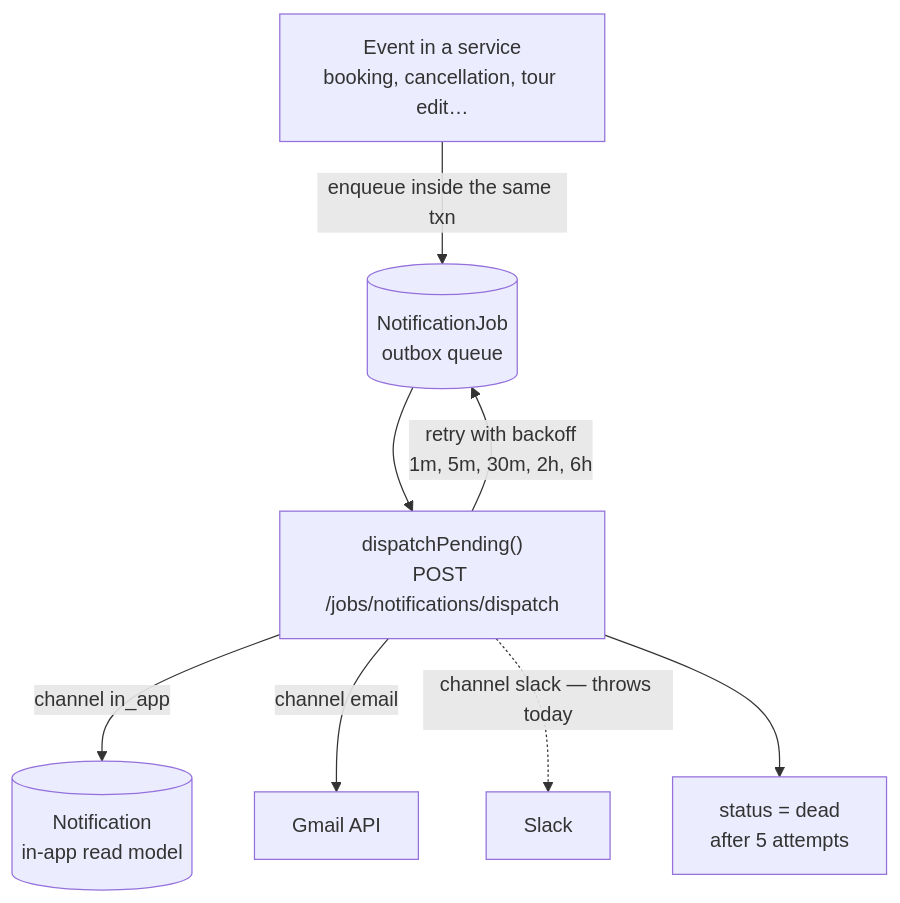
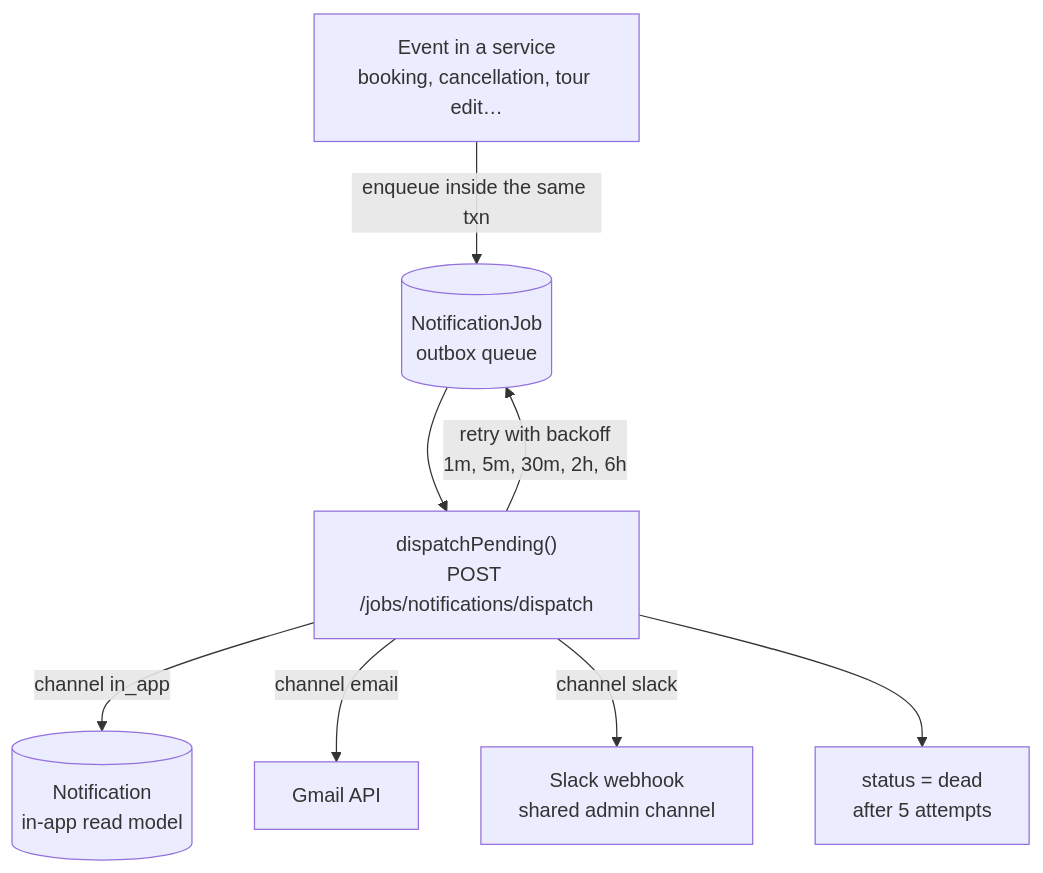
One commit to Lynns0416/buddy-app-copy changed the fifth of 6 diagrams in docs/architecture.md. Above: the diagram before and after it, drawn with Mermaid. The commit also changed other lines of this file and 25 other files, not shown here.

First line of the commit message:
Feat/slack admin notifications (#109)

````diff
--- a/docs/architecture.md
+++ b/docs/architecture.md
@@ -211,18 +211,18 @@
 ```mermaid
 flowchart TD
     E["Event in a service<br/>booking, cancellation, tour edit…"]
     Q[("NotificationJob<br/>outbox queue")]
     Disp["dispatchPending()<br/>POST /jobs/notifications/dispatch"]
     N[("Notification<br/>in-app read model")]
     G["Gmail API"]
-    S["Slack"]
+    S["Slack webhook<br/>shared admin channel"]
     Dead["status = dead<br/>after 5 attempts"]
 
     E -->|"enqueue inside the same txn"| Q
     Q --> Disp
     Disp -->|channel in_app| N
     Disp -->|channel email| G
-    Disp -.->|"channel slack — throws today"| S
+    Disp -->|channel slack| S
     Disp -->|"retry with backoff<br/>1m, 5m, 30m, 2h, 6h"| Q
     Disp --> Dead
 ```
````
